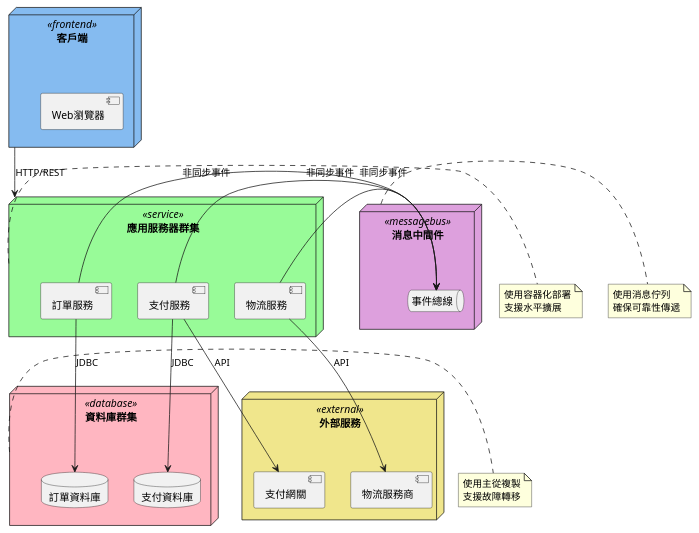
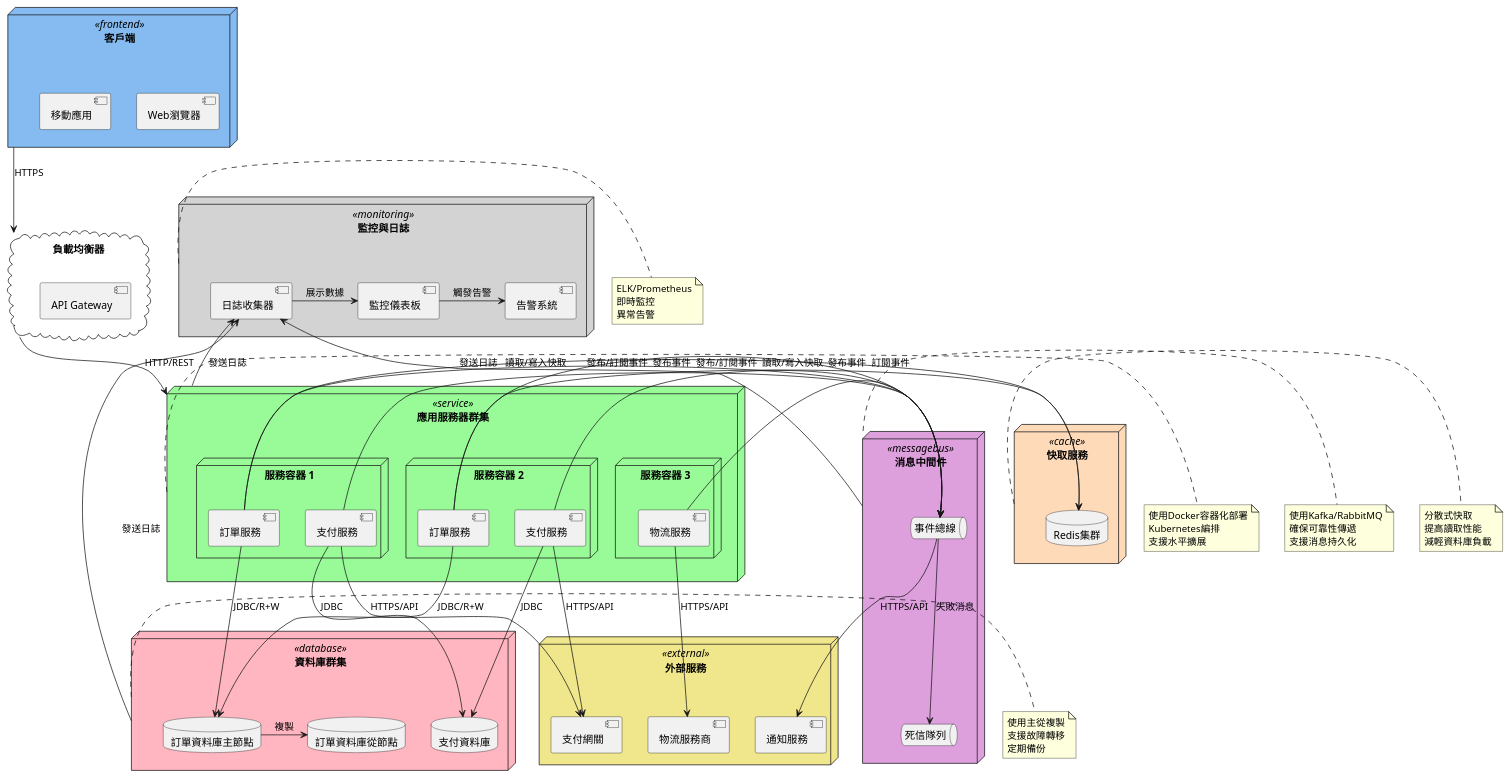
Before and after one commit to humank/genai-demo: the diagram in docs/uml/deployment-diagram.puml, drawn with PlantUML. The commit also changed 40 other files, not shown here.

Commit message:
Add use case diagram for the system in SVG format

```diff
--- a/docs/uml/deployment-diagram.puml
+++ b/docs/uml/deployment-diagram.puml
@@ -1,63 +1,126 @@
 @startuml 訂單系統部署圖
 skinparam node {
     BackgroundColor<<frontend>> #85BBF0
     BackgroundColor<<service>> #98FB98
     BackgroundColor<<database>> #FFB6C1
     BackgroundColor<<messagebus>> #DDA0DD
     BackgroundColor<<external>> #F0E68C
+    BackgroundColor<<cache>> #FFDAB9
+    BackgroundColor<<monitoring>> #D3D3D3
 }
 
 node "客戶端" as Client <<frontend>> {
-    component [Web瀏覽器]
+    component [Web瀏覽器] as WebBrowser
+    component [移動應用] as MobileApp
+}
+
+cloud "負載均衡器" as LoadBalancer {
+    component [API Gateway] as ApiGateway
 }
 
 node "應用服務器群集" as AppServer <<service>> {
-    component [訂單服務] as OrderService
-    component [支付服務] as PaymentService
-    component [物流服務] as LogisticsService
+    node "服務容器 1" as Container1 {
+        component [訂單服務] as OrderService1
+        component [支付服務] as PaymentService1
+    }
+    
+    node "服務容器 2" as Container2 {
+        component [訂單服務] as OrderService2
+        component [支付服務] as PaymentService2
+    }
+    
+    node "服務容器 3" as Container3 {
+        component [物流服務] as LogisticsService
+    }
 }
 
 node "資料庫群集" as Database <<database>> {
-    database "訂單資料庫" as OrderDB
+    database "訂單資料庫主節點" as OrderDBMaster
+    database "訂單資料庫從節點" as OrderDBSlave
     database "支付資料庫" as PaymentDB
+}
+
+node "快取服務" as Cache <<cache>> {
+    database "Redis集群" as Redis
 }
 
 node "消息中間件" as MessageBroker <<messagebus>> {
     queue "事件總線" as EventBus
+    queue "死信隊列" as DeadLetterQueue
 }
 
 node "外部服務" as External <<external>> {
     component [支付網關] as PaymentGateway
     component [物流服務商] as LogisticsProvider
+    component [通知服務] as NotificationService
+}
+
+node "監控與日誌" as Monitoring <<monitoring>> {
+    component [日誌收集器] as LogCollector
+    component [監控儀表板] as Dashboard
+    component [告警系統] as AlertSystem
 }
 
 ' 連接關係
-Client -down-> AppServer : "HTTP/REST"
+Client -down-> LoadBalancer : "HTTPS"
+LoadBalancer -down-> AppServer : "HTTP/REST"
 
-OrderService -down-> OrderDB : "JDBC"
-PaymentService -down-> PaymentDB : "JDBC"
+OrderService1 -down-> OrderDBMaster : "JDBC/R+W"
+OrderService2 -down-> OrderDBMaster : "JDBC/R+W"
+OrderDBMaster -right-> OrderDBSlave : "複製"
+PaymentService1 -down-> PaymentDB : "JDBC"
+PaymentService2 -down-> PaymentDB : "JDBC"
 
-OrderService -right-> EventBus : "非同步事件"
-PaymentService -right-> EventBus : "非同步事件"
-LogisticsService -right-> EventBus : "非同步事件"
+OrderService1 -right-> Redis : "讀取/寫入快取"
+OrderService2 -right-> Redis : "讀取/寫入快取"
 
-PaymentService -down-> PaymentGateway : "API"
-LogisticsService -down-> LogisticsProvider : "API"
+OrderService1 -right-> EventBus : "發布事件"
+OrderService2 -right-> EventBus : "發布事件"
+PaymentService1 -right-> EventBus : "發布/訂閱事件"
+PaymentService2 -right-> EventBus : "發布/訂閱事件"
+LogisticsService -right-> EventBus : "訂閱事件"
+EventBus -down-> DeadLetterQueue : "失敗消息"
+
+PaymentService1 -down-> PaymentGateway : "HTTPS/API"
+PaymentService2 -down-> PaymentGateway : "HTTPS/API"
+LogisticsService -down-> LogisticsProvider : "HTTPS/API"
+EventBus -down-> NotificationService : "HTTPS/API"
+
+AppServer -up-> LogCollector : "發送日誌"
+Database -up-> LogCollector : "發送日誌"
+MessageBroker -up-> LogCollector : "發送日誌"
+LogCollector -right-> Dashboard : "展示數據"
+Dashboard -right-> AlertSystem : "觸發告警"
 
 ' 註解
 note right of AppServer
-  使用容器化部署
+  使用Docker容器化部署
+  Kubernetes編排
   支援水平擴展
 end note
 
 note right of Database
   使用主從複製
   支援故障轉移
+  定期備份
 end note
 
 note right of MessageBroker
-  使用消息佇列
+  使用Kafka/RabbitMQ
   確保可靠性傳遞
+  支援消息持久化
+end note
+
+note right of Cache
+  分散式快取
+  提高讀取性能
+  減輕資料庫負載
+end note
+
+note right of Monitoring
+  ELK/Prometheus
+  即時監控
+  異常告警
 end note
 
 @enduml
```
